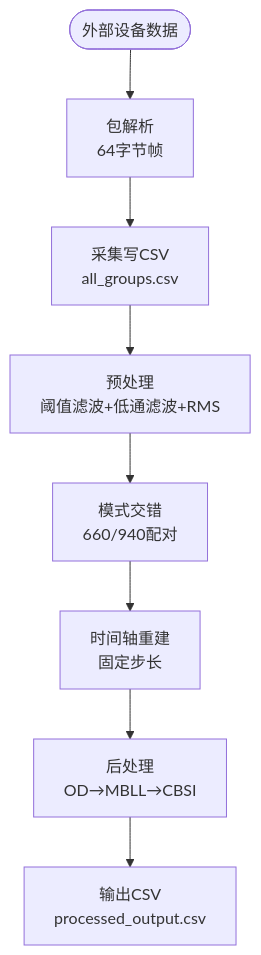
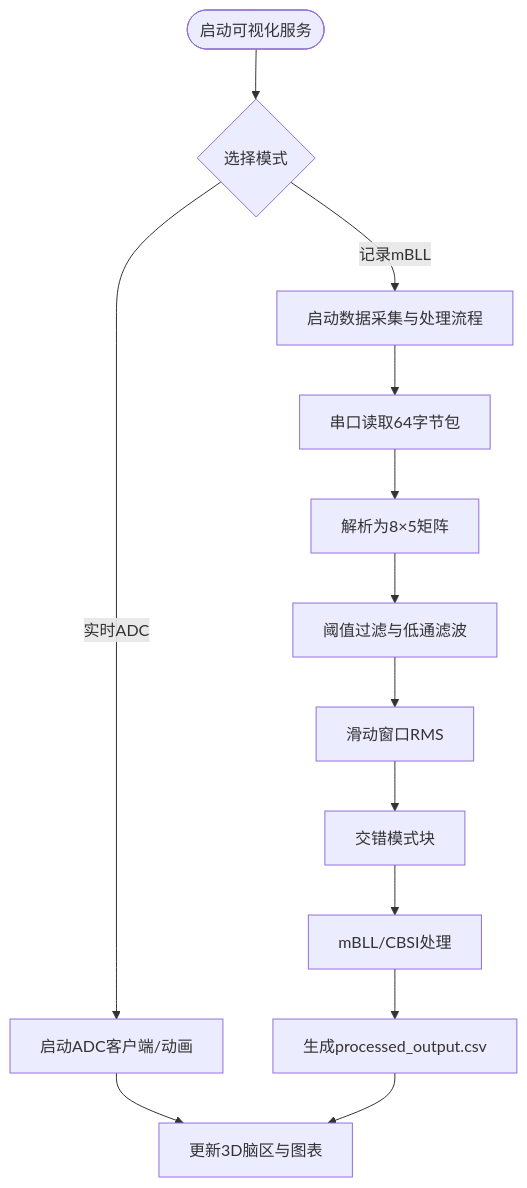
One commit to zhushizi/fNIRS-main changed the fourth of 5 diagrams in .qoder/repowiki/zh/content/项目概述.md. Above: the diagram before and after it, drawn with Mermaid. The commit also changed other lines of this file and 84 other files, not shown here.

````diff
--- a/.qoder/repowiki/zh/content/项目概述.md
+++ b/.qoder/repowiki/zh/content/项目概述.md
@@ -135,10 +211,15 @@
 ```mermaid
 flowchart TD
-Start(["外部设备数据"]) --> Parse["包解析<br/>64字节帧"]
-Parse --> Capture["采集写CSV<br/>all_groups.csv"]
-Capture --> PreProcess["预处理<br/>阈值滤波+低通滤波+RMS"]
-PreProcess --> Interleave["模式交错<br/>660/940配对"]
-Interleave --> Rebuild["时间轴重建<br/>固定步长"]
-Rebuild --> PostProcess["后处理<br/>OD→MBLL→CBSI"]
-PostProcess --> Output["输出CSV<br/>processed_output.csv"]
+Start(["启动可视化服务"]) --> ModeSelect{"选择模式"}
+ModeSelect --> |实时ADC| Live["启动ADC客户端/动画"]
+ModeSelect --> |记录mBLL| Record["启动数据采集与处理流程"]
+Live --> UI["更新3D脑区与图表"]
+Record --> Capture["串口读取64字节包"]
+Capture --> Parse["解析为8×5矩阵"]
+Parse --> Filter["阈值过滤与低通滤波"]
+Filter --> RMS["滑动窗口RMS"]
+RMS --> Interleave["交错模式块"]
+Interleave --> MBLL["mBLL/CBSI处理"]
+MBLL --> CSV["生成processed_output.csv"]
+CSV --> UI
 ```
````
